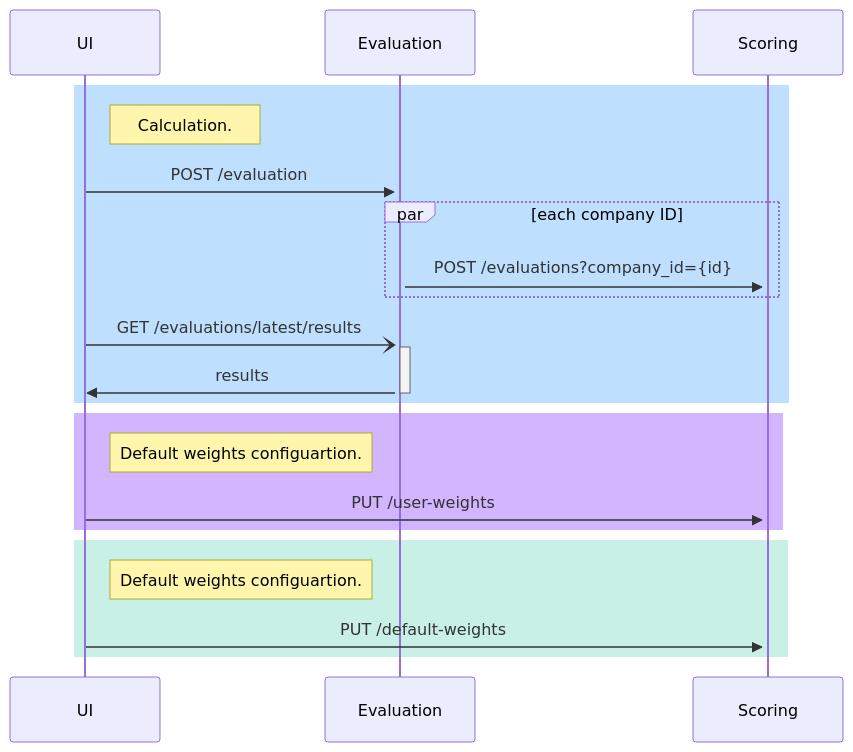
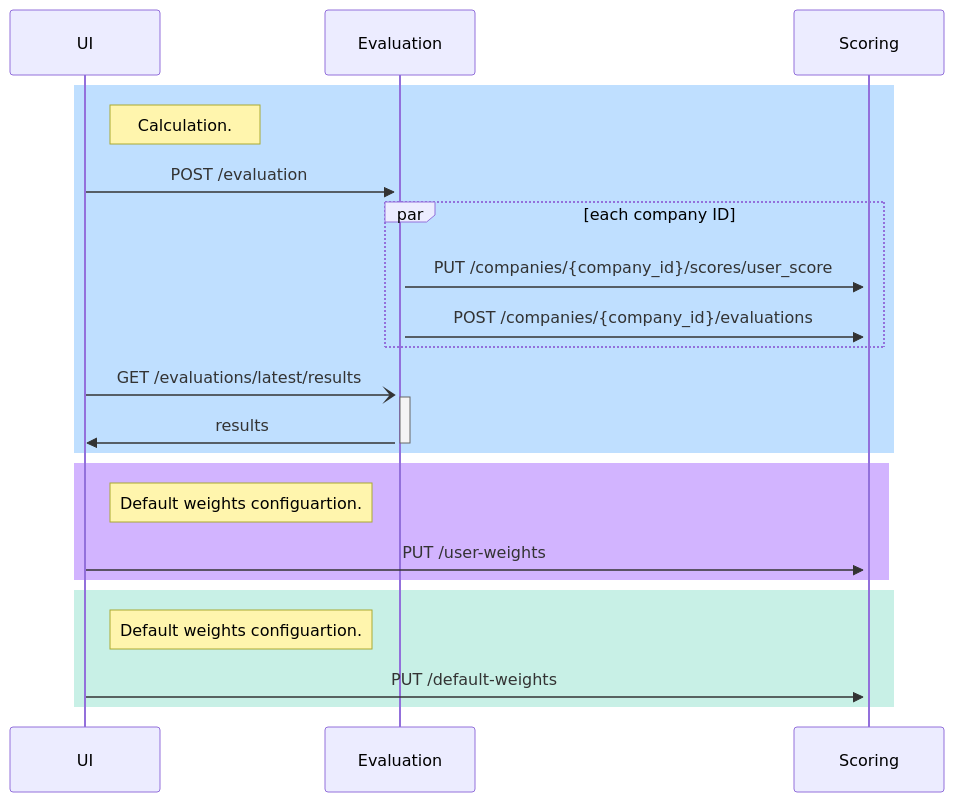
One commit to guyslab/company_evaluation changed the third of 3 diagrams in README.md. Above: the diagram before and after it, drawn with Mermaid. The commit also changed other lines of this file and 41 other files, not shown here.

````diff
--- a/README.md
+++ b/README.md
@@ -39,23 +52,24 @@
 ```mermaid
 sequenceDiagram
     participant UI
     participant Evaluation
     participant Scoring
     rect rgb(191, 223, 255)
         note right of UI: Calculation.
         UI->>+Evaluation: POST /evaluation
         par each company ID
-            Evaluation->>+Scoring: POST /evaluations?company_id={id}
+            Evaluation->>+Scoring: PUT /companies/{company_id}/scores/user_score
+            Evaluation->>+Scoring: POST /companies/{company_id}/evaluations
         end
         UI-)+Evaluation: GET /evaluations/latest/results
         Evaluation->>-UI: results
     end
     rect rgb(210, 180, 255)
         note right of UI: Default weights configuartion.
         UI->>+Scoring: PUT /user-weights
     end
     rect rgb(200, 240, 230)
         note right of UI: Default weights configuartion.
         UI->>+Scoring: PUT /default-weights
     end
 ```
````
